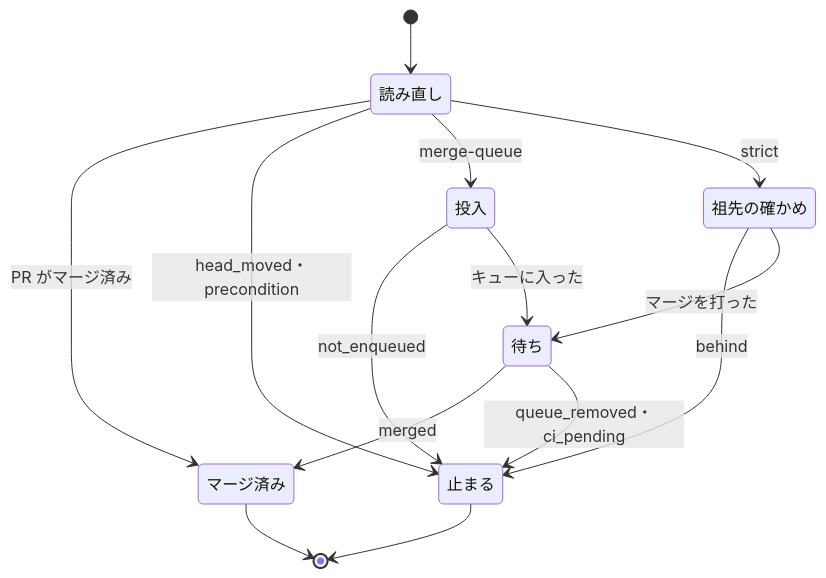
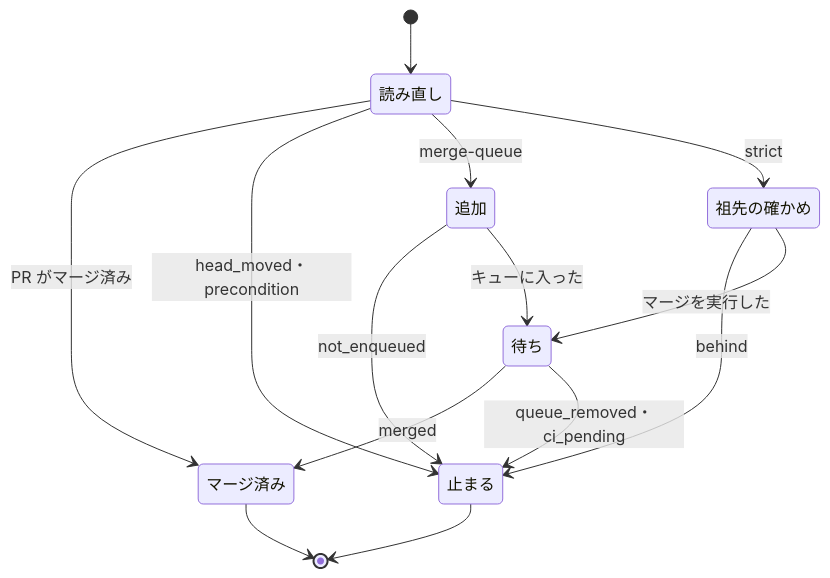
One commit to devbasex/ai-plugins changed the third of 3 diagrams in issues/issue-3641-design.md. Above: the diagram before and after it, drawn with Mermaid. The commit also changed other lines of this file and 6 other files, not shown here.

````diff
--- a/issues/issue-3641-design.md
+++ b/issues/issue-3641-design.md
@@ -343,16 +343,16 @@
 ```mermaid
 stateDiagram-v2
     [*] --> 読み直し
     読み直し --> マージ済み: PR がマージ済み
     読み直し --> 止まる: head_moved・precondition
-    読み直し --> 投入: merge-queue
+    読み直し --> 追加: merge-queue
     読み直し --> 祖先の確かめ: strict
     祖先の確かめ --> 止まる: behind
-    祖先の確かめ --> 待ち: マージを打った
-    投入 --> 止まる: not_enqueued
-    投入 --> 待ち: キューに入った
+    祖先の確かめ --> 待ち: マージを実行した
+    追加 --> 止まる: not_enqueued
+    追加 --> 待ち: キューに入った
     待ち --> マージ済み: merged
     待ち --> 止まる: queue_removed・ci_pending
     マージ済み --> [*]
     止まる --> [*]
 ```
````
